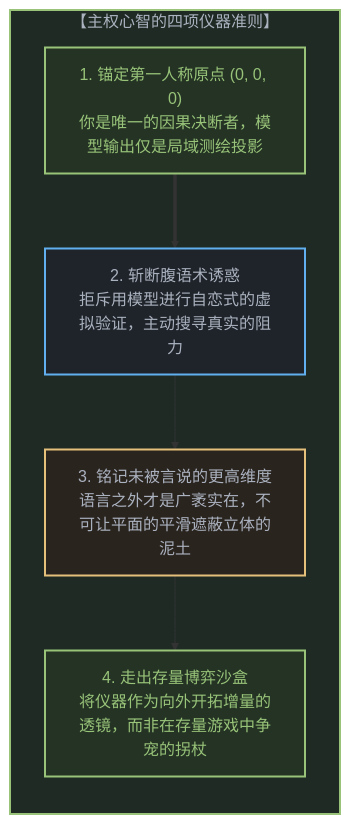
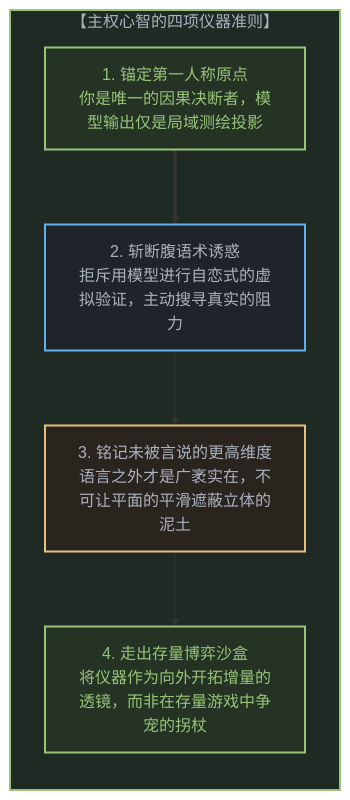
One commit to powerpig99/not-a-toe changed the ninth of 10 diagrams in content/posts/the-sovereign-blinding.md. Above: the diagram before and after it, drawn with Mermaid. The commit also changed other lines of this file and 15 other files, not shown here.

````diff
--- a/content/posts/the-sovereign-blinding.md
+++ b/content/posts/the-sovereign-blinding.md
@@ -407,20 +407,20 @@
 ```mermaid
 graph TD
     subgraph SovereignPractice["【主权心智的四项仪器准则】"]
         direction TB
-        AnchorOrigin["1. 锚定第一人称原点 (0, 0, 0)<br>你是唯一的因果决断者，模型输出仅是局域测绘投影"]
+        AnchorOrigin["1. 锚定第一人称原点<br>你是唯一的因果决断者，模型输出仅是局域测绘投影"]
         BreakVentriloquism["2. 斩断腹语术诱惑<br>拒斥用模型进行自恋式的虚拟验证，主动搜寻真实的阻力"]
         HonorHigherDim["3. 铭记未被言说的更高维度<br>语言之外才是广袤实在，不可让平面的平滑遮蔽立体的泥土"]
         ExitZeroSum["4. 走出存量博弈沙盒<br>将仪器作为向外开拓增量的透镜，而非在存量游戏中争宠的拐杖"]
 
         AnchorOrigin ==> BreakVentriloquism
         BreakVentriloquism --> HonorHigherDim
         HonorHigherDim --> ExitZeroSum
     end
 
     style SovereignPractice fill:#1f2a24,stroke:#98c379,stroke-width:2px,color:#abb2bf
     style AnchorOrigin fill:#243324,stroke:#98c379,stroke-width:2px,color:#98c379
     style BreakVentriloquism fill:#1f242a,stroke:#61afef,stroke-width:2px,color:#abb2bf
     style HonorHigherDim fill:#2a241f,stroke:#e5c07b,stroke-width:2px,color:#abb2bf
     style ExitZeroSum fill:#243324,stroke:#98c379,stroke-width:2px,color:#98c379
 ```
````
